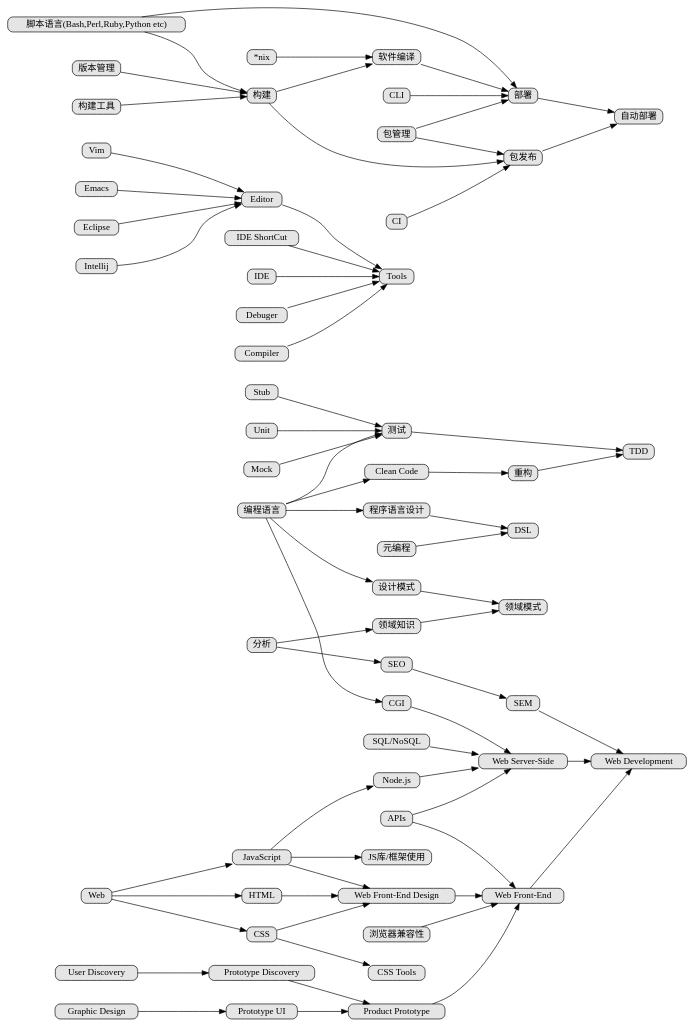
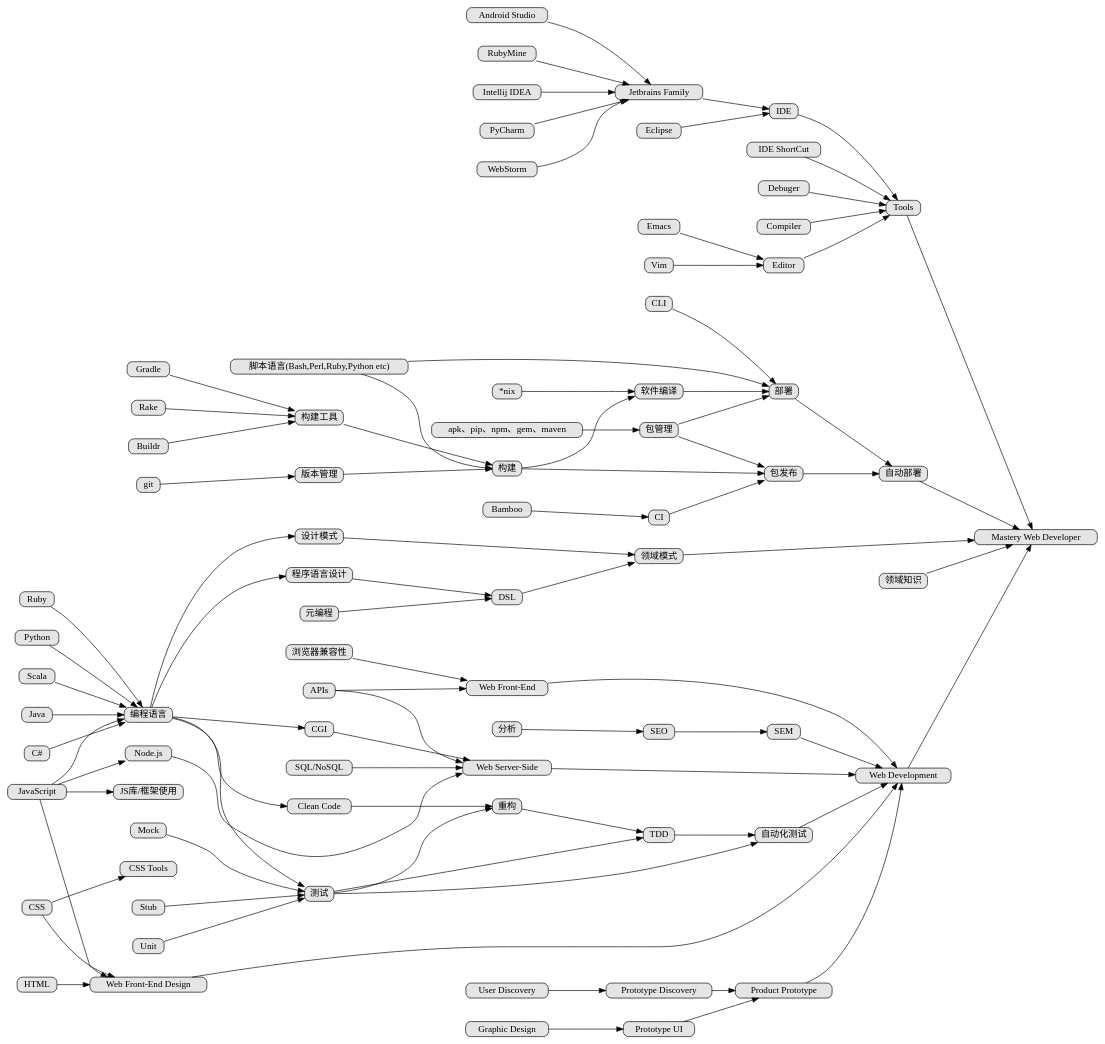
One commit to phodal/developer changed the diagram in tree.dot. Above: the diagram before and after it, drawn with Graphviz. The commit also changed 1 other file, not shown here.

```diff
--- a/tree.dot
+++ b/tree.dot
@@ -1,67 +1,90 @@
 digraph tree
 {
     nodesep=0.5;
     charset="UTF-8";
     rankdir=LR;
     fixedsize=true;
     node [style="rounded,filled", width=0, height=0, shape=box, fillcolor="#E5E5E5", concentrate=true]
 
     "编程语言" -> "CGI"
     "CGI" -> "Web Server-Side"
-    Web -> "JavaScript" -> "Web Front-End Design"
-    Web -> "HTML" -> "Web Front-End Design"
-    Web -> "CSS" -> "Web Front-End Design"
+    "JavaScript" -> "Web Front-End Design"
+    "HTML" -> "Web Front-End Design"
+    "CSS" -> "Web Front-End Design"
     "Graphic Design" -> "Prototype UI" -> "Product Prototype"
     "User Discovery" -> "Prototype Discovery" -> "Product Prototype"
-    "Web Front-End Design" -> "Web Front-End"
+    "Web Front-End Design" -> "Web Development"
     "浏览器兼容性" -> "Web Front-End"
-    "Product Prototype" -> "Web Front-End"
+    "Product Prototype" -> "Web Development"
     "SEM" -> "Web Development"
 
     "CSS" -> "CSS Tools"
     "JavaScript" -> "Node.js" -> "Web Server-Side"
     "JavaScript" -> "JS库/框架使用"
     "SQL/NoSQL" -> "Web Server-Side"
     "APIs" -> "Web Server-Side"
     "APIs" -> "Web Front-End"
     "Web Server-Side" -> "Web Development"
     "Web Front-End" -> "Web Development"
 
+    "Java" -> "编程语言"
+    "C#" -> "编程语言"
+    "JavaScript" -> "编程语言"
+    "Ruby" -> "编程语言"
+    "Python" -> "编程语言"
+    "Scala" -> "编程语言"
     "编程语言" -> "设计模式" -> "领域模式"
     "编程语言" -> "测试"
-    "测试" -> "TDD"
+    "测试" -> "TDD" -> "自动化测试"
     "Mock" -> "测试"
     "Stub" -> "测试"
     "Unit" -> "测试"
+    "测试" -> "重构"
+    "测试" -> "自动化测试" -> "Web Development"
     "编程语言" -> "Clean Code"
     "Clean Code" -> "重构"
     "重构" -> "TDD"
-    "分析" -> "领域知识" -> "领域模式"
     "分析" -> "SEO" -> "SEM"
     "编程语言" -> "程序语言设计" -> "DSL"
     "元编程" -> "DSL"
+    "DSL" -> "领域模式"
 
     "Vim" -> "Editor"
     "Emacs" -> "Editor"
-    "Eclipse" -> "Editor"
-    "Intellij" -> "Editor"
+    "Eclipse" -> "IDE"
+    "RubyMine" -> "Jetbrains Family" 
+    "Intellij IDEA" -> "Jetbrains Family" 
+    "PyCharm" -> "Jetbrains Family" 
+    "WebStorm" -> "Jetbrains Family" 
+    "Android Studio" -> "Jetbrains Family" 
+
+    "Jetbrains Family" -> "IDE"
     "Editor" -> "Tools"
     "IDE ShortCut" -> "Tools"
     "IDE" -> "Tools"
     "Debuger" -> "Tools"
     "Compiler" -> "Tools"
 
-    "包管理" -> "部署"
-    "版本管理" -> "构建"
-    "CI" -> "包发布"
+    "apk、pip、npm、gem、maven" -> "包管理" -> "部署"
+    "git" -> "版本管理" -> "构建"
+    "Bamboo" -> "CI" -> "包发布"
+    "Gradle" -> "构建工具"
+    "Rake" -> "构建工具"
+    "Buildr" -> "构建工具"
     "构建工具" -> "构建"
     "构建" -> "包发布"
     "部署" -> "自动部署"
     "包管理" -> "包发布" -> "自动部署"
     "CLI" -> "部署"
     "脚本语言(Bash,Perl,Ruby,Python etc)" -> "部署"
     "脚本语言(Bash,Perl,Ruby,Python etc)" -> "构建"
     "*nix" -> "软件编译" -> "部署"
     "构建" -> "软件编译"
 
+    "Web Development" -> "Mastery Web Developer"
+    "自动部署" -> "Mastery Web Developer"
+    "领域模式" -> "Mastery Web Developer"
+    "领域知识" -> "Mastery Web Developer"
+    "Tools" -> "Mastery Web Developer"
+
 }
```
